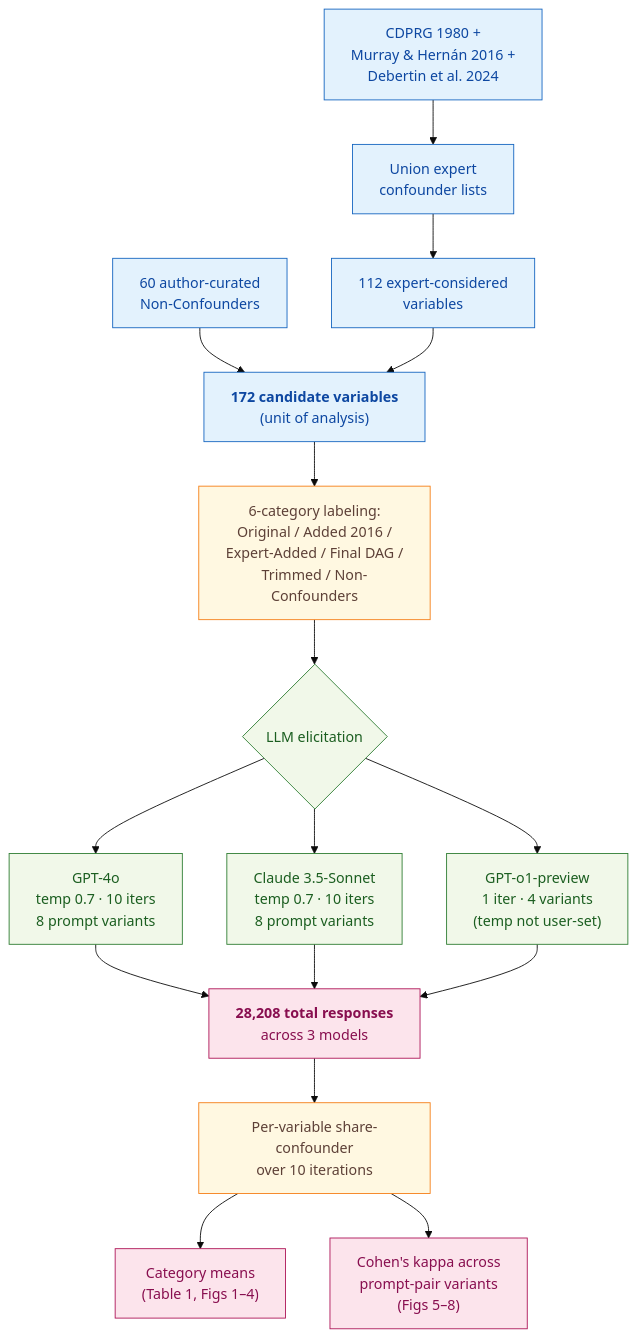
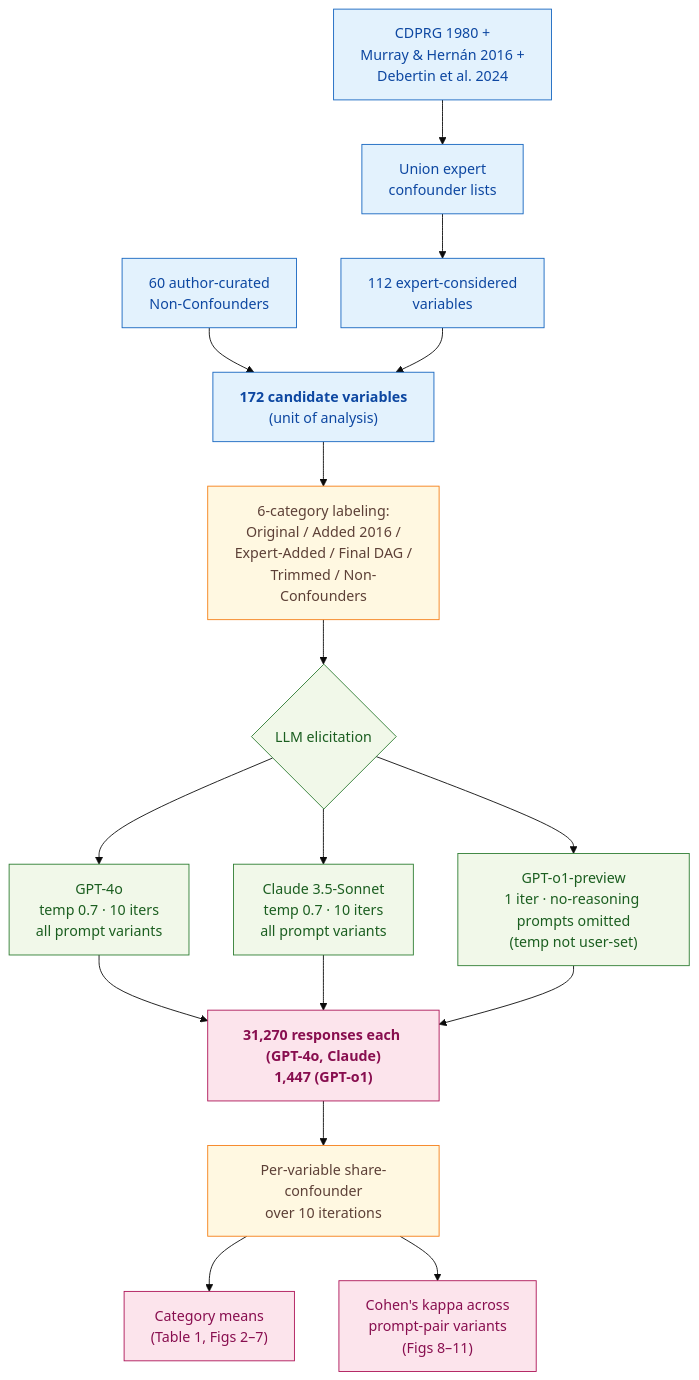
Before and after one commit to cdromcom/living-evidence-synthesis: the diagram in vault/source/@huntington-kleinLLMsActRepositories2024.md, drawn with Mermaid (base theme). The commit also changed other lines of this file, not shown here.

````diff
--- a/vault/source/@huntington-kleinLLMsActRepositories2024.md
+++ b/vault/source/@huntington-kleinLLMsActRepositories2024.md
@@ -93,27 +99,27 @@
 ```mermaid
 flowchart TD
     A["CDPRG 1980 +<br/>Murray & Hernán 2016 +<br/>Debertin et al. 2024"] --> B["Union expert<br/>confounder lists"]
     B --> C["112 expert-considered<br/>variables"]
     D["60 author-curated<br/>Non-Confounders"] --> E["<b>172 candidate variables</b><br/>(unit of analysis)"]
     C --> E
     E --> F["6-category labeling:<br/>Original / Added 2016 /<br/>Expert-Added / Final DAG /<br/>Trimmed / Non-Confounders"]
     F --> G{"LLM elicitation"}
-    G --> H["GPT-4o<br/>temp 0.7 · 10 iters<br/>8 prompt variants"]
-    G --> I["Claude 3.5-Sonnet<br/>temp 0.7 · 10 iters<br/>8 prompt variants"]
-    G --> J["GPT-o1-preview<br/>1 iter · 4 variants<br/>(temp not user-set)"]
-    H --> K["<b>28,208 total responses</b><br/>across 3 models"]
+    G --> H["GPT-4o<br/>temp 0.7 · 10 iters<br/>all prompt variants"]
+    G --> I["Claude 3.5-Sonnet<br/>temp 0.7 · 10 iters<br/>all prompt variants"]
+    G --> J["GPT-o1-preview<br/>1 iter · no-reasoning prompts omitted<br/>(temp not user-set)"]
+    H --> K["<b>31,270 responses each (GPT-4o, Claude)<br/>1,447 (GPT-o1)</b>"]
     I --> K
     J --> K
     K --> L["Per-variable share-confounder<br/>over 10 iterations"]
-    L --> M["Category means<br/>(Table 1, Figs 1–4)"]
-    L --> N["Cohen's kappa across<br/>prompt-pair variants<br/>(Figs 5–8)"]
+    L --> M["Category means<br/>(Table 1, Figs 2–7)"]
+    L --> N["Cohen's kappa across<br/>prompt-pair variants<br/>(Figs 8–11)"]
 
     classDef data fill:#E3F2FD,stroke:#1565C0,color:#0D47A1;
     classDef step fill:#FFF8E1,stroke:#F57F17,color:#5D4037;
     classDef model fill:#F1F8E9,stroke:#2E7D32,color:#1B5E20;
     classDef result fill:#FCE4EC,stroke:#AD1457,color:#880E4F;
     class A,B,C,D,E data;
     class F,L step;
     class G,H,I,J model;
     class K,M,N result;
 ```
````
